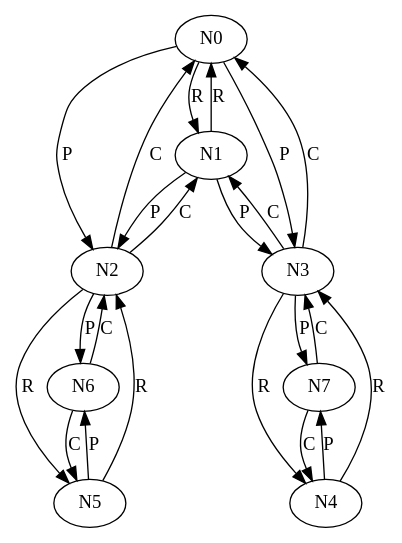
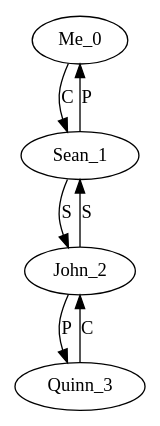
One commit to kaifastromai/kin changed the diagram in cousins.dot. Above: the diagram before and after it, drawn with Graphviz. The commit also changed 39 other files, not shown here.

```diff
--- a/cousins.dot
+++ b/cousins.dot
@@ -1,32 +1,12 @@
 digraph Test {
-    N0[label="N0"];
-    N1[label="N1"];
-    N2[label="N2"];
-    N3[label="N3"];
-    N4[label="N4"];
-    N5[label="N5"];
-    N6[label="N6"];
-    N7[label="N7"];
-    N0 -> N2[label="P"];
-    N2 -> N0[label="C"];
-    N0 -> N1[label="R"];
-    N1 -> N0[label="R"];
-    N1 -> N2[label="P"];
-    N2 -> N1[label="C"];
-    N0 -> N3[label="P"];
-    N3 -> N0[label="C"];
-    N1 -> N3[label="P"];
-    N3 -> N1[label="C"];
-    N2 -> N6[label="P"];
-    N6 -> N2[label="C"];
-    N2 -> N5[label="R"];
-    N5 -> N2[label="R"];
-    N5 -> N6[label="P"];
-    N6 -> N5[label="C"];
-    N3 -> N7[label="P"];
-    N7 -> N3[label="C"];
-    N3 -> N4[label="R"];
-    N4 -> N3[label="R"];
-    N4 -> N7[label="P"];
-    N7 -> N4[label="C"];
+    Me_0[label="Me_0"];
+    Sean_1[label="Sean_1"];
+    John_2[label="John_2"];
+    Quinn_3[label="Quinn_3"];
+    Sean_1 -> Me_0[label="P"];
+    Me_0 -> Sean_1[label="C"];
+    Sean_1 -> John_2[label="S"];
+    John_2 -> Sean_1[label="S"];
+    John_2 -> Quinn_3[label="P"];
+    Quinn_3 -> John_2[label="C"];
 }
```
